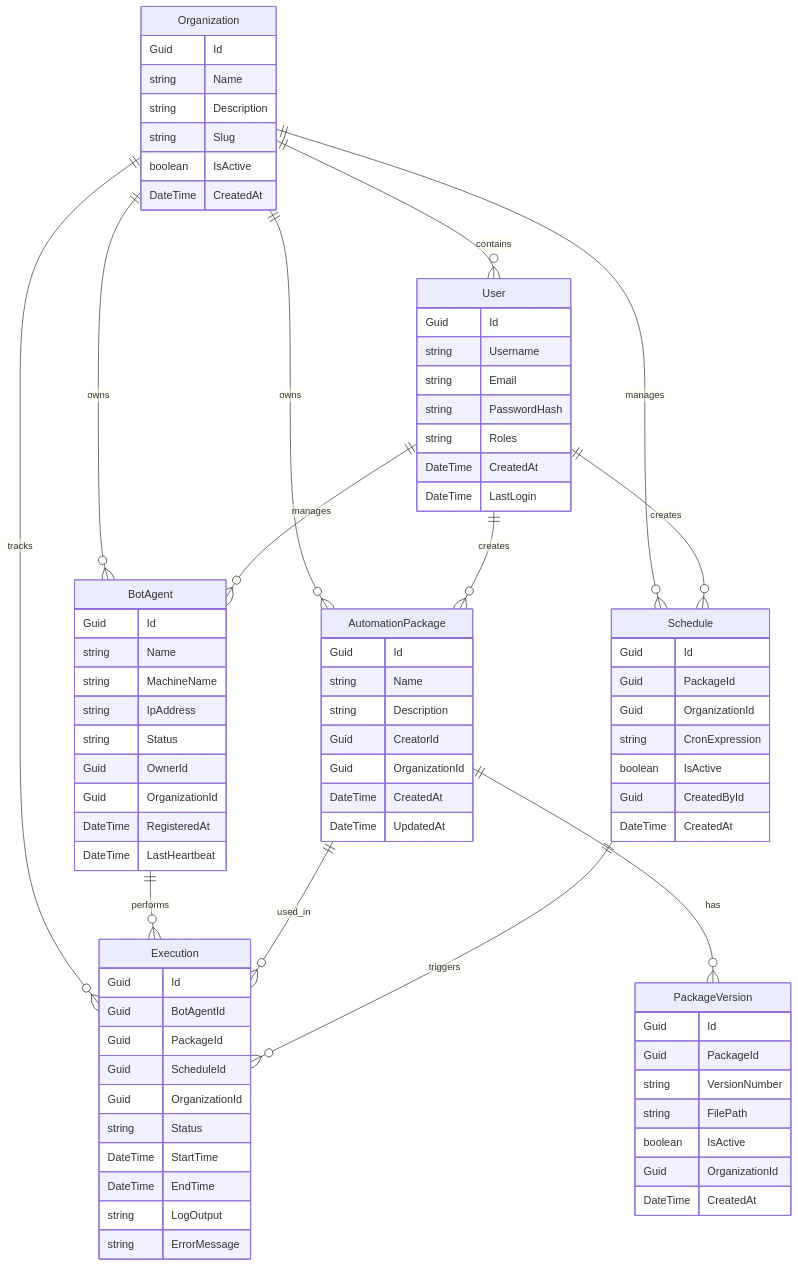
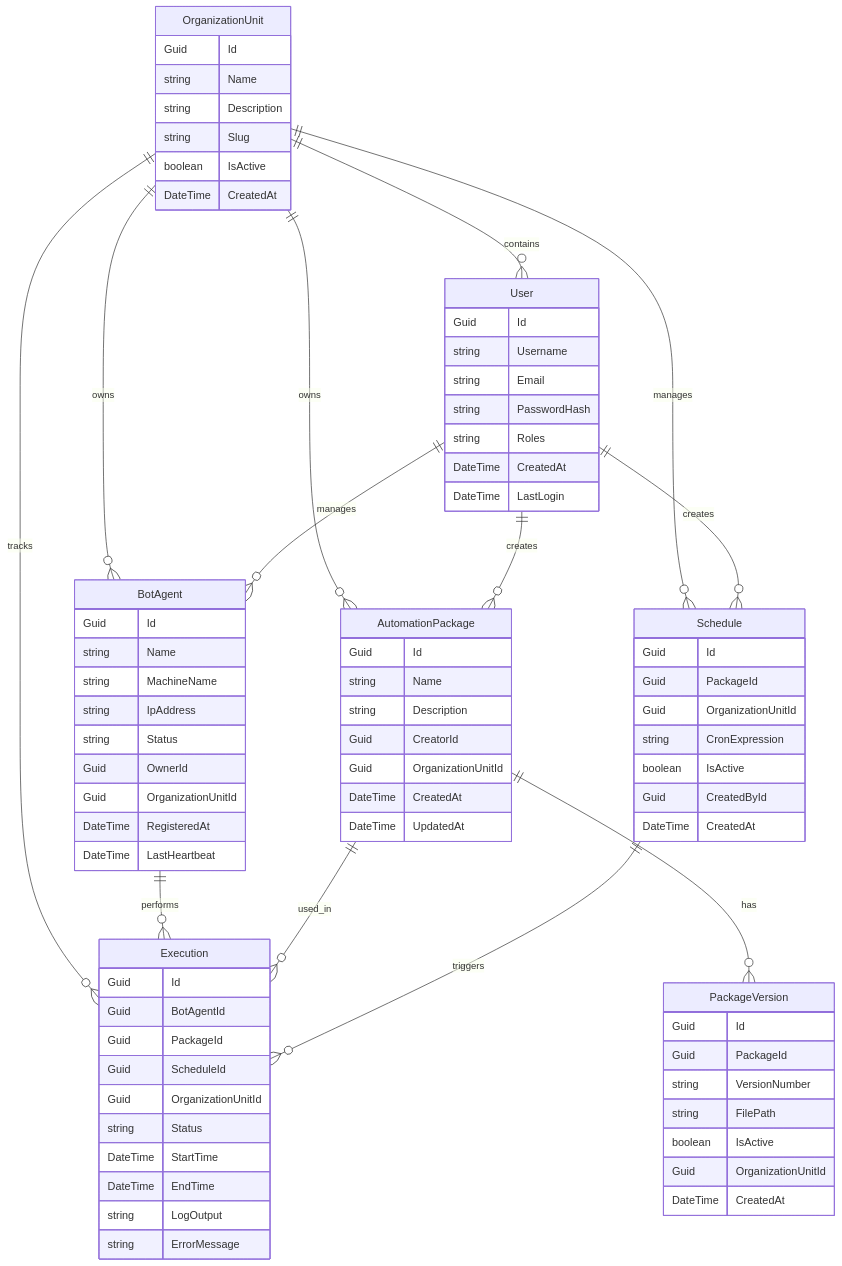
The second of 4 diagrams in Documentation/TechnicalDesignDocument.md (OpenAutomateOrg/OpenAutomate.Backend), drawn with Mermaid before and after one commit. The commit also changed other lines of this file and 58 other files, not shown here.

Commit message:
SCRUM-49 done APIs for Organization Unit Authorities and init set up RBAC for future development

````diff
--- a/Documentation/TechnicalDesignDocument.md
+++ b/Documentation/TechnicalDesignDocument.md
@@ -86,10 +86,10 @@
 ```mermaid
 erDiagram
-    Organization ||--o{ User : contains
-    Organization ||--o{ BotAgent : owns
-    Organization ||--o{ AutomationPackage : owns
-    Organization ||--o{ Execution : tracks
-    Organization ||--o{ Schedule : manages
+    OrganizationUnit ||--o{ User : contains
+    OrganizationUnit ||--o{ BotAgent : owns
+    OrganizationUnit ||--o{ AutomationPackage : owns
+    OrganizationUnit ||--o{ Execution : tracks
+    OrganizationUnit ||--o{ Schedule : manages
     User ||--o{ BotAgent : manages
     User ||--o{ AutomationPackage : creates
     User ||--o{ Schedule : creates
@@ -98,7 +98,7 @@
     AutomationPackage ||--o{ Execution : used_in
     Schedule ||--o{ Execution : triggers
     
-    Organization {
+    OrganizationUnit {
         Guid Id
         string Name
         string Description
@@ -124,7 +124,7 @@
         string IpAddress
         string Status
         Guid OwnerId
-        Guid OrganizationId
+        Guid OrganizationUnitId
         DateTime RegisteredAt
         DateTime LastHeartbeat
     }
@@ -134,7 +134,7 @@
         string Name
         string Description
         Guid CreatorId
-        Guid OrganizationId
+        Guid OrganizationUnitId
         DateTime CreatedAt
         DateTime UpdatedAt
     }
@@ -145,7 +145,7 @@
         string VersionNumber
         string FilePath
         boolean IsActive
-        Guid OrganizationId
+        Guid OrganizationUnitId
         DateTime CreatedAt
     }
     
@@ -154,7 +154,7 @@
         Guid BotAgentId
         Guid PackageId
         Guid ScheduleId
-        Guid OrganizationId
+        Guid OrganizationUnitId
         string Status
         DateTime StartTime
         DateTime EndTime
@@ -165,7 +165,7 @@
     Schedule {
         Guid Id
         Guid PackageId
-        Guid OrganizationId
+        Guid OrganizationUnitId
         string CronExpression
         boolean IsActive
         Guid CreatedById
````
